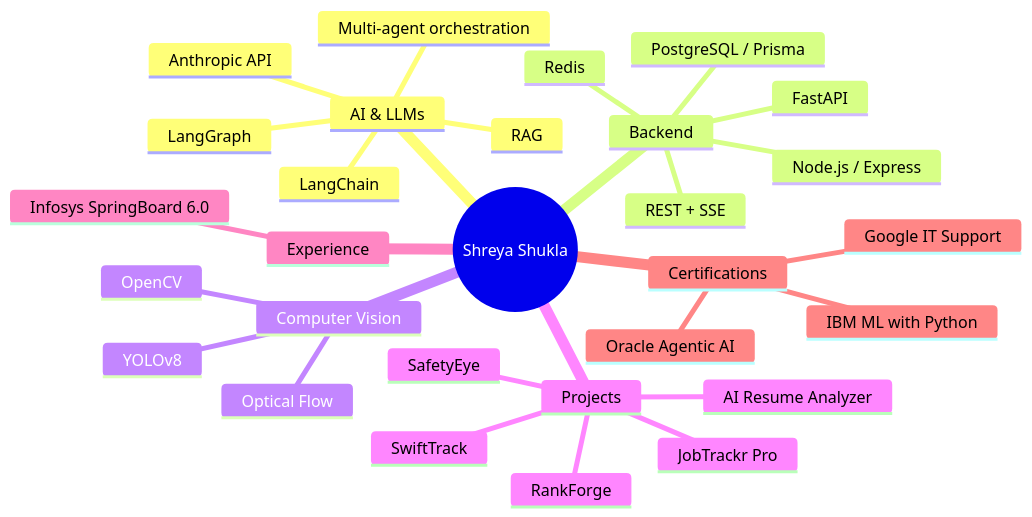
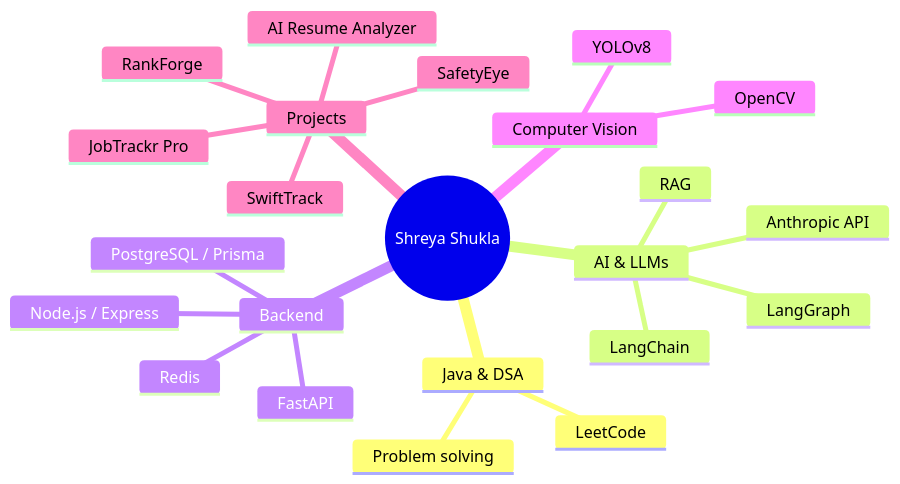
Before and after one commit to shreyaashuklaa/shreyaashuklaa: the diagram in README.md, drawn with Mermaid. The commit also changed other lines of this file, not shown here.

````diff
--- a/README.md
+++ b/README.md
@@ -101,32 +122,26 @@
 ```mermaid
 mindmap
   root((Shreya Shukla))
+    Java & DSA
+      LeetCode
+      Problem solving
     AI & LLMs
       LangGraph
       LangChain
       RAG
       Anthropic API
-      Multi-agent orchestration
     Backend
       FastAPI
       Node.js / Express
       PostgreSQL / Prisma
       Redis
-      REST + SSE
     Computer Vision
       YOLOv8
       OpenCV
-      Optical Flow
     Projects
       JobTrackr Pro
       AI Resume Analyzer
       SafetyEye
       SwiftTrack
       RankForge
-    Experience
-      Infosys SpringBoard 6.0
-    Certifications
-      Oracle Agentic AI
-      IBM ML with Python
-      Google IT Support
 ```
````
